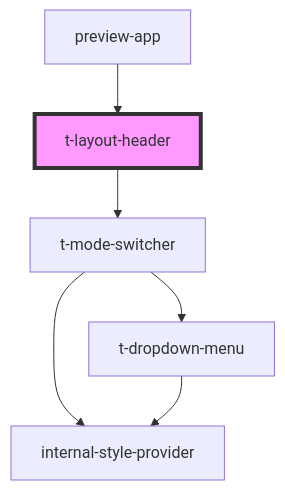
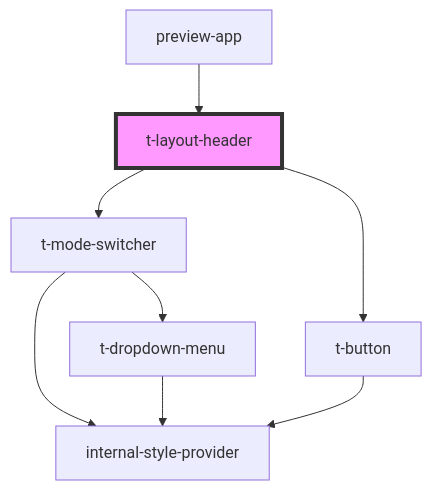
One commit to TomasEng/web-components changed the diagram in packages/stencil/src/components/t-layout-header/readme.md. Above: the diagram before and after it, drawn with Mermaid. The commit also changed other lines of this file and 19 other files, not shown here.

````diff
--- a/packages/stencil/src/components/t-layout-header/readme.md
+++ b/packages/stencil/src/components/t-layout-header/readme.md
@@ -27,9 +28,11 @@
 ```mermaid
 graph TD;
   t-layout-header --> t-mode-switcher
+  t-layout-header --> t-button
   t-mode-switcher --> internal-style-provider
   t-mode-switcher --> t-dropdown-menu
   t-dropdown-menu --> internal-style-provider
+  t-button --> internal-style-provider
   preview-app --> t-layout-header
   style t-layout-header fill:#f9f,stroke:#333,stroke-width:4px
 ```
````
